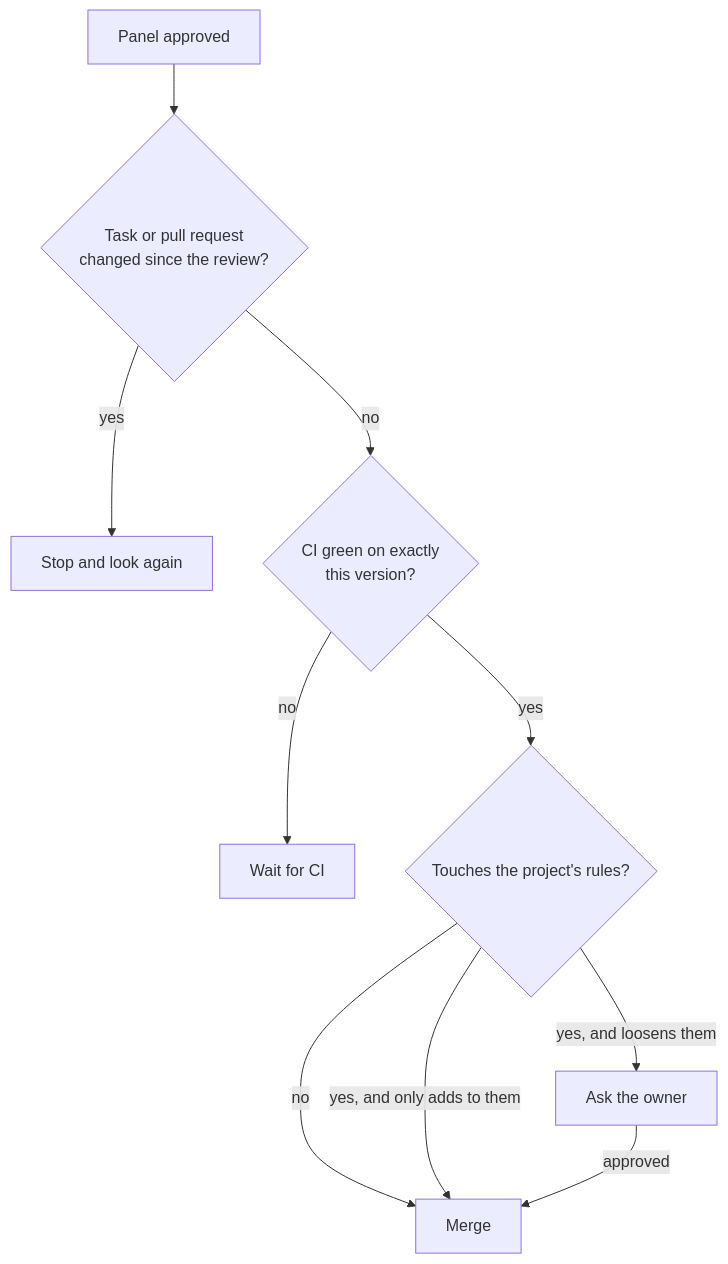
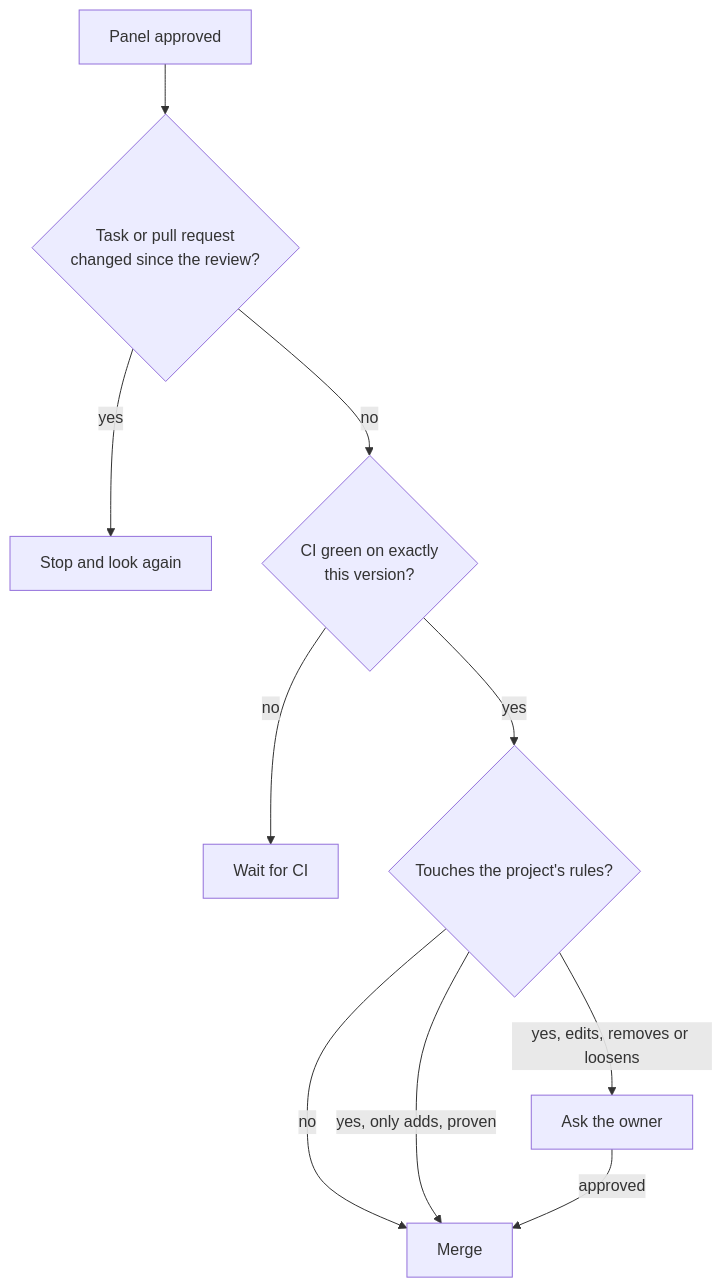
One commit to shinyredapples/intakt changed the fifth of 5 diagrams in docs/guide/the-journey-of-a-task.md. Above: the diagram before and after it, drawn with Mermaid. The commit also changed 3 other files, not shown here.

````diff
--- a/docs/guide/the-journey-of-a-task.md
+++ b/docs/guide/the-journey-of-a-task.md
@@ -102,12 +102,12 @@
 ```mermaid
 flowchart TD
   ready[Panel approved] --> a{Task or pull request<br/>changed since the review?}
   a -- yes --> stop[Stop and look again]
   a -- no --> b{CI green on exactly<br/>this version?}
   b -- no --> wait[Wait for CI]
   b -- yes --> c{Touches the project's rules?}
   c -- no --> m[Merge]
-  c -- yes, and only adds to them --> m
-  c -- yes, and loosens them --> you[Ask the owner]
+  c -- "yes, only adds, proven" --> m
+  c -- "yes, edits, removes or loosens" --> you[Ask the owner]
   you -- approved --> m
 ```
````
